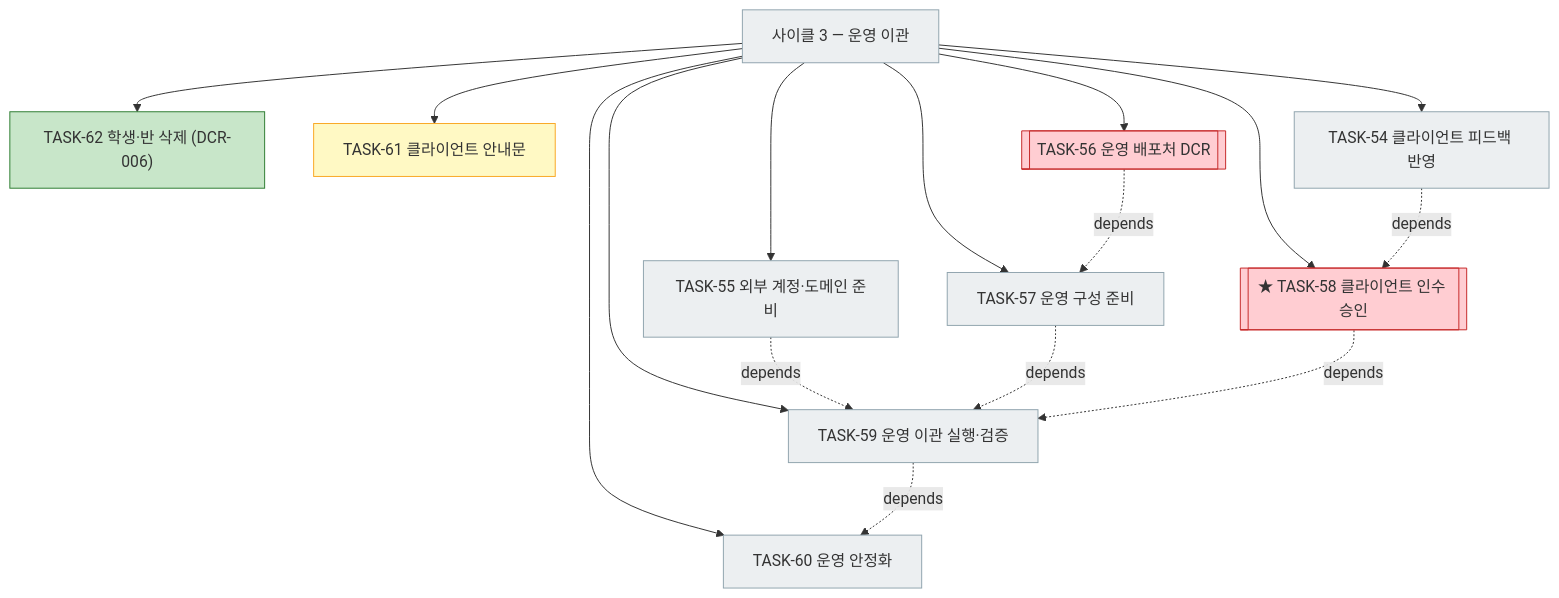
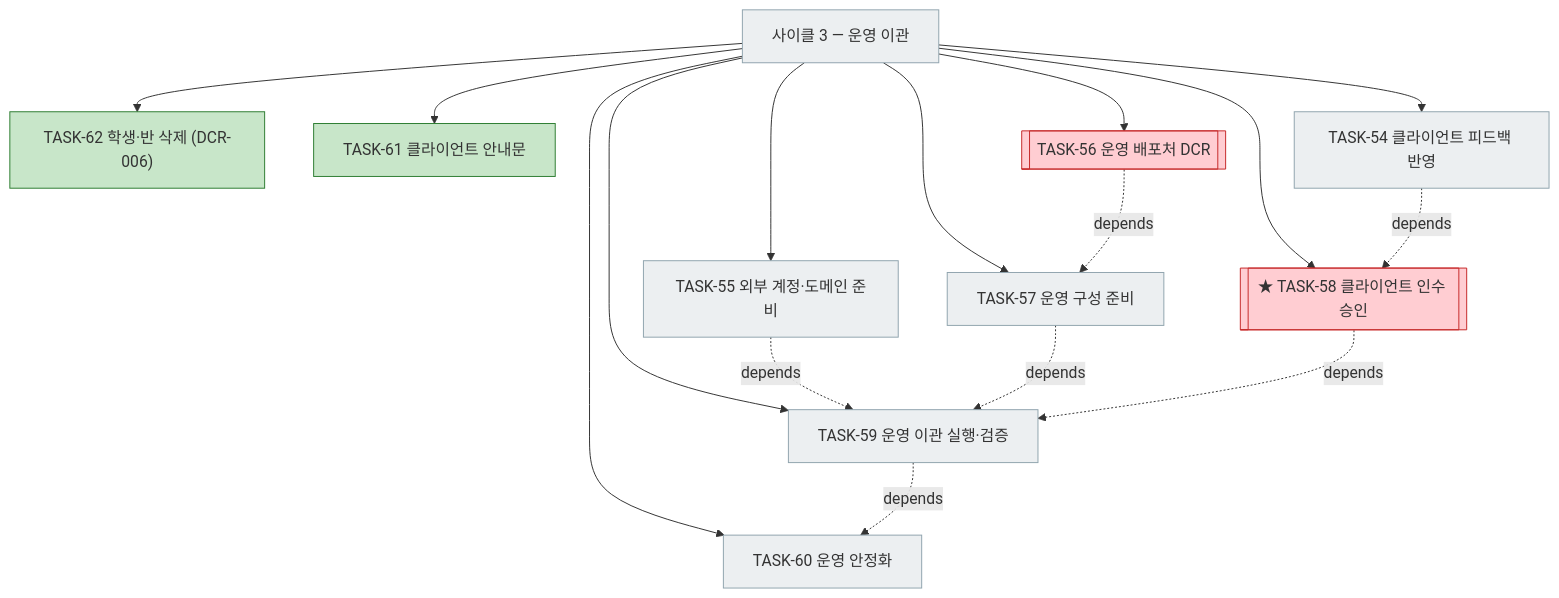
One commit to bluesky5008/mathdesk changed the fourth of 5 diagrams in docs/plan.md. Above: the diagram before and after it, drawn with Mermaid. The commit also changed other lines of this file and 1 other file, not shown here.

Commit message:
docs: TASK-61 클라이언트 안내문 확정

````diff
--- a/docs/plan.md
+++ b/docs/plan.md
@@ -234,23 +234,23 @@
 ```mermaid
 flowchart TD
     C3["사이클 3 — 운영 이관"]:::todo
     C3 --> T62["TASK-62 학생·반 삭제 (DCR-006)"]:::done
-    C3 --> T61["TASK-61 클라이언트 안내문"]:::active
+    C3 --> T61["TASK-61 클라이언트 안내문"]:::done
     C3 --> T54["TASK-54 클라이언트 피드백 반영"]:::todo
     C3 --> T55["TASK-55 외부 계정·도메인 준비"]:::todo
     C3 --> T56[["TASK-56 운영 배포처 DCR"]]:::gate
     C3 --> T57["TASK-57 운영 구성 준비"]:::todo
     C3 --> T58[["★ TASK-58 클라이언트 인수 승인"]]:::gate
     C3 --> T59["TASK-59 운영 이관 실행·검증"]:::todo
     C3 --> T60["TASK-60 운영 안정화"]:::todo
     T56 -. depends .-> T57
     T54 -. depends .-> T58
     T55 -. depends .-> T59
     T57 -. depends .-> T59
     T58 -. depends .-> T59
     T59 -. depends .-> T60
     classDef done fill:#c8e6c9,stroke:#2e7d32
     classDef active fill:#fff9c4,stroke:#f9a825
     classDef todo fill:#eceff1,stroke:#90a4ae
     classDef gate fill:#ffcdd2,stroke:#c62828
 ```
````
